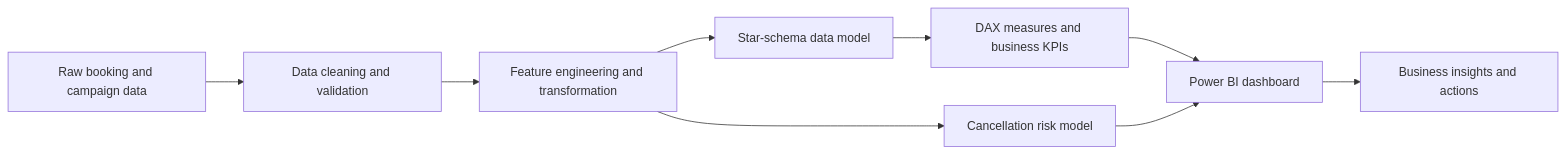
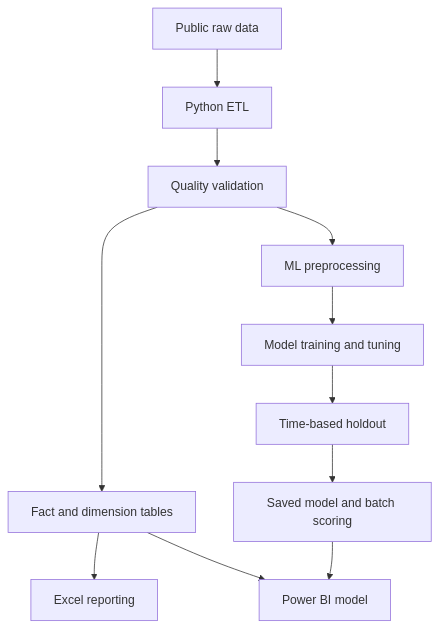
One commit to azlinaaaa/Tourism-Data-Intelligence-Platform changed the first of 2 diagrams in README.md. Above: the diagram before and after it, drawn with Mermaid. The commit also changed other lines of this file, not shown here.

````diff
--- a/README.md
+++ b/README.md
@@ -136,11 +165,13 @@
 ```mermaid
-flowchart LR
-    A["Raw booking and campaign data"] --> B["Data cleaning and validation"]
-    B --> C["Feature engineering and transformation"]
-    C --> D["Star-schema data model"]
-    D --> E["DAX measures and business KPIs"]
-    C --> F["Cancellation risk model"]
-    E --> G["Power BI dashboard"]
-    F --> G
-    G --> H["Business insights and actions"]
+flowchart TD
+    A["Public raw data"] --> B["Python ETL"]
+    B --> C["Quality validation"]
+    C --> D["Fact and dimension tables"]
+    D --> E["Excel reporting"]
+    D --> F["Power BI model"]
+    C --> G["ML preprocessing"]
+    G --> H["Model training and tuning"]
+    H --> I["Time-based holdout"]
+    I --> J["Saved model and batch scoring"]
+    J --> F
 ```
````
